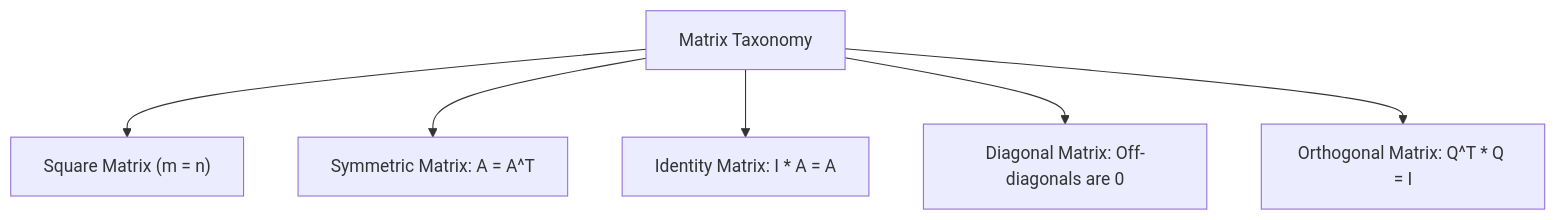
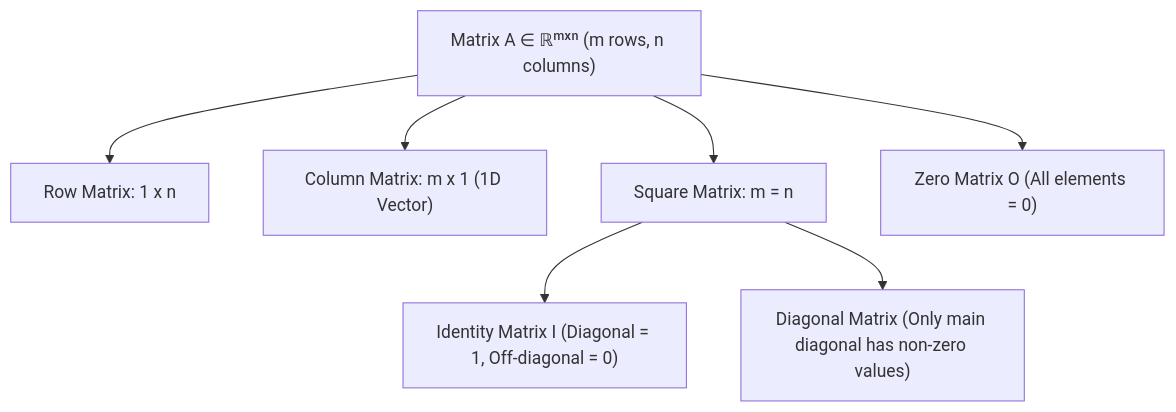
The diagram in lecture_21/Notes_21.12/README.md (S1h2i3v4a/AI_ML), drawn with Mermaid before and after one commit. The commit also changed other lines of this file and 203 other files, not shown here.

Commit message:
docs(lectures 19-21): align notes with video lectures, add blackboard diagrams, clean structured functions, and compile vector PDFs

````diff
--- a/lecture_21/Notes_21.12/README.md
+++ b/lecture_21/Notes_21.12/README.md
@@ -18,8 +10,10 @@
 ```mermaid
 flowchart TD
-    A["Matrix Taxonomy"] --> B["Square Matrix (m = n)"]
-    A --> C["Symmetric Matrix: A = A^T"]
-    A --> D["Identity Matrix: I * A = A"]
-    A --> E["Diagonal Matrix: Off-diagonals are 0"]
-    A --> F["Orthogonal Matrix: Q^T * Q = I"]
+    Mat["Matrix A ∈ ℝᵐˣⁿ (m rows, n columns)"] --> Row["Row Matrix: 1 x n"]
+    Mat --> Col["Column Matrix: m x 1 (1D Vector)"]
+    Mat --> Sq["Square Matrix: m = n"]
+    
+    Sq --> Ident["Identity Matrix I (Diagonal = 1, Off-diagonal = 0)"]
+    Sq --> Diag["Diagonal Matrix (Only main diagonal has non-zero values)"]
+    Mat --> Zero["Zero Matrix O (All elements = 0)"]
 ```
````
